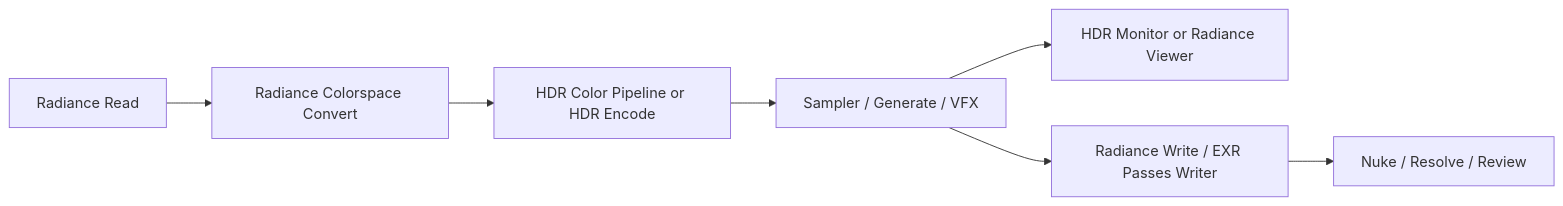
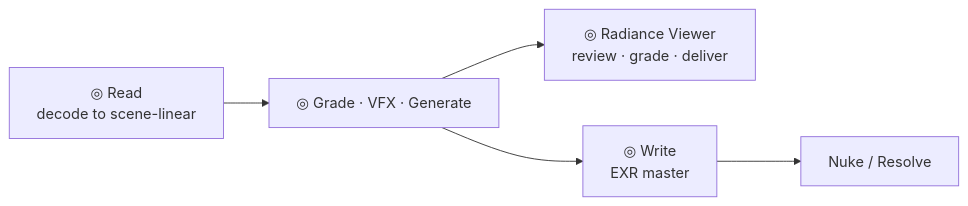
The diagram in docs/README.md (fxtdstudios/radiance-beta), drawn with Mermaid before and after one commit. The commit also changed other lines of this file and 23 other files, not shown here.

````diff
--- a/docs/README.md
+++ b/docs/README.md
@@ -32,9 +63,7 @@
 ```mermaid
 flowchart LR
-    A["Radiance Read"] --> B["Radiance Colorspace Convert"]
-    B --> C["HDR Color Pipeline or HDR Encode"]
-    C --> D["Sampler / Generate / VFX"]
-    D --> E["HDR Monitor or Radiance Viewer"]
-    D --> F["Radiance Write / EXR Passes Writer"]
-    F --> G["Nuke / Resolve / Review"]
+    A["◎ Read<br/>decode to scene-linear"] --> B["◎ Grade · VFX · Generate"]
+    B --> C["◎ Radiance Viewer<br/>review · grade · deliver"]
+    B --> D["◎ Write<br/>EXR master"]
+    D --> E["Nuke / Resolve"]
 ```
````
